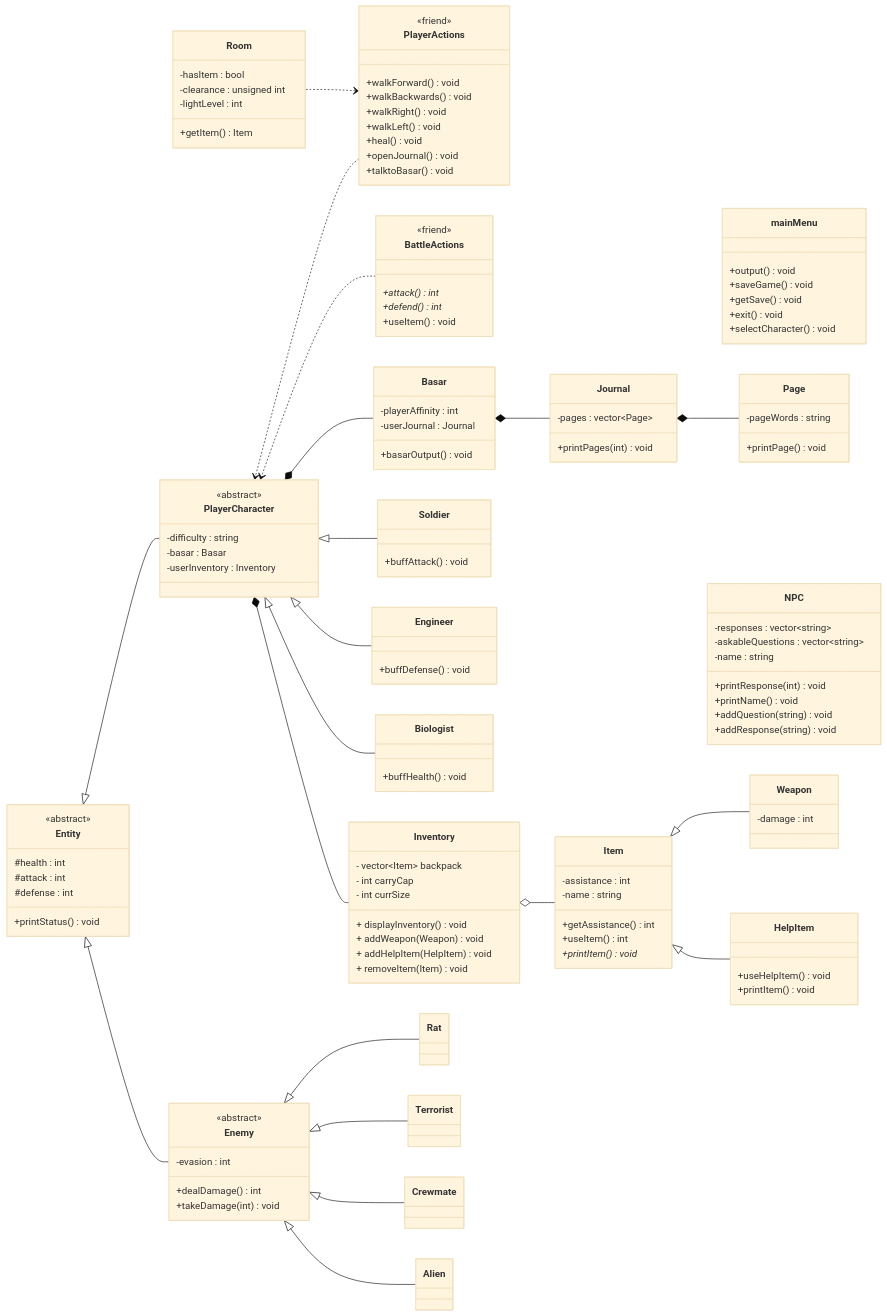
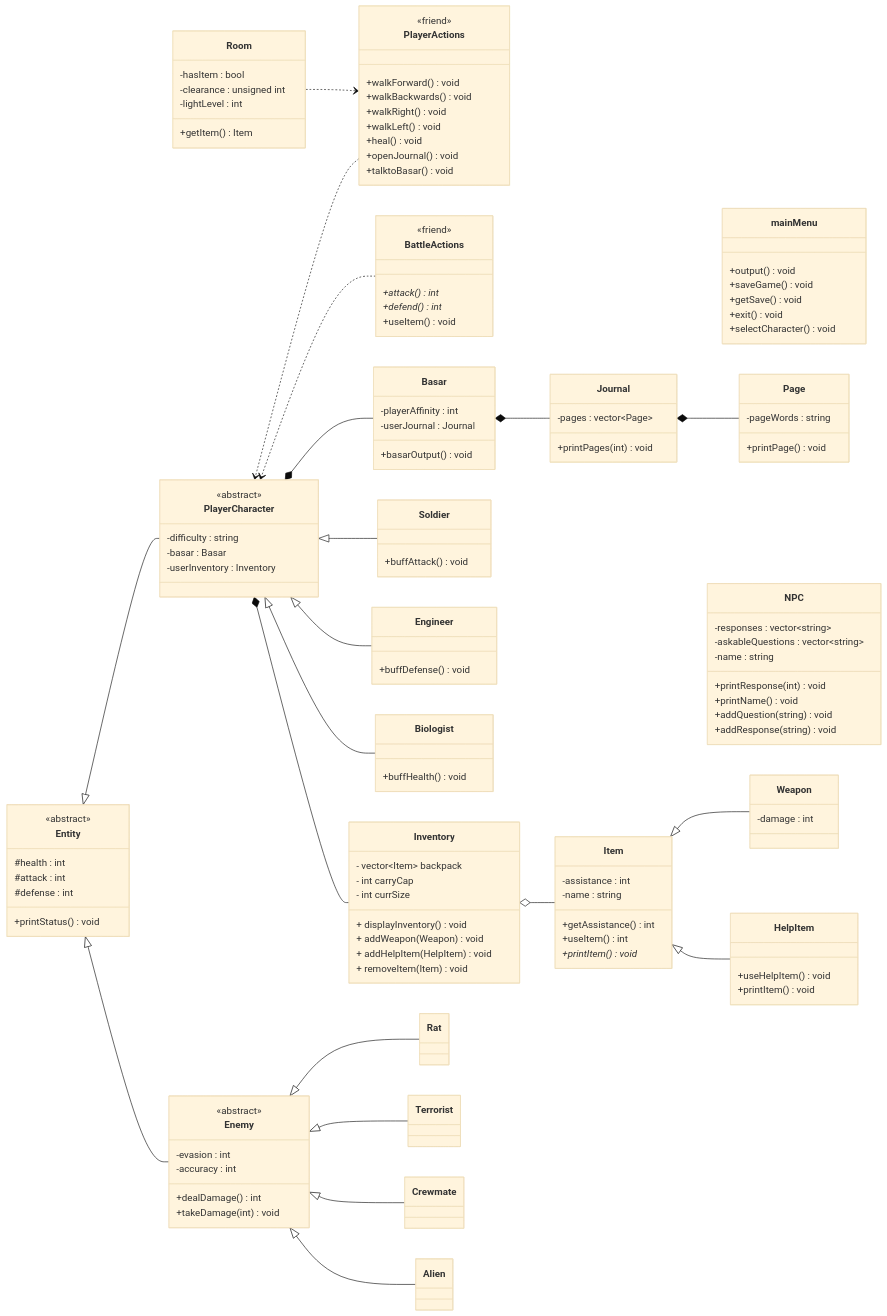
The diagram in README.md (jalee314/dAEraFinal), drawn with Mermaid (base theme) before and after one commit.

Commit message:
Updated enemy class to have private accuracy member

```diff
--- a/README.md
+++ b/README.md
@@ -152,6 +152,7 @@
 
 class Enemy {
     -evasion : int
+    -accuracy : int
     +dealDamage()int
     +takeDamage(int)void
 }
```
